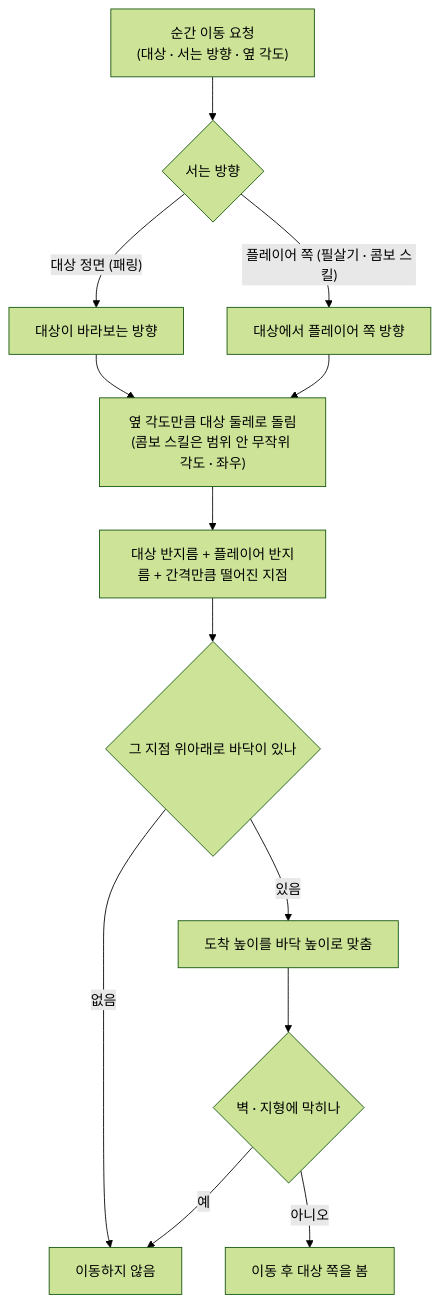
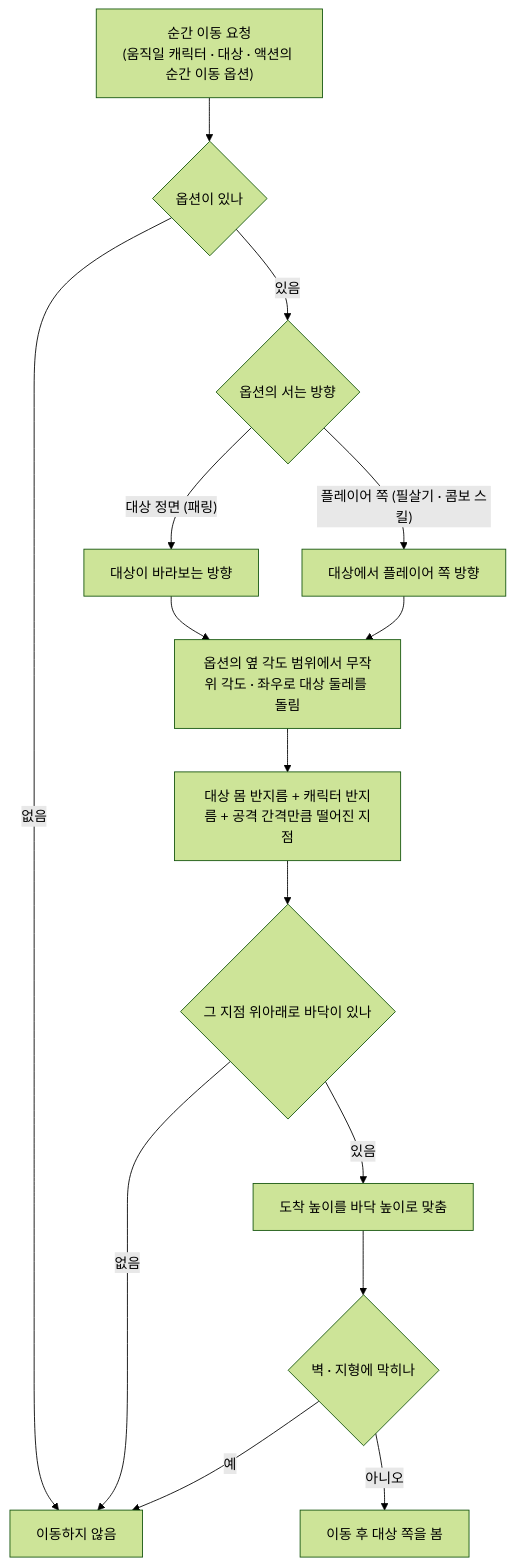
One commit to SquashPrince/Develrocket_mp15_HHH changed the third of 4 diagrams in Docs/Technical/Player/PlayerStructure.md. Above: the diagram before and after it, drawn with Mermaid (forest theme). The commit also changed other lines of this file and 7 other files, not shown here.

````diff
--- a/Docs/Technical/Player/PlayerStructure.md
+++ b/Docs/Technical/Player/PlayerStructure.md
@@ -66,14 +98,16 @@
 ```mermaid
 flowchart TD
-    S["순간 이동 요청<br>(대상 · 서는 방향 · 옆 각도)"] --> D{"서는 방향"}
+    S["순간 이동 요청<br>(움직일 캐릭터 · 대상 · 액션의 순간 이동 옵션)"] --> O{"옵션이 있나"}
+    O -->|"없음"| X["이동하지 않음"]
+    O -->|"있음"| D{"옵션의 서는 방향"}
     D -->|"대상 정면 (패링)"| F["대상이 바라보는 방향"]
     D -->|"플레이어 쪽 (필살기 · 콤보 스킬)"| PS["대상에서 플레이어 쪽 방향"]
-    F & PS --> R["옆 각도만큼 대상 둘레로 돌림<br>(콤보 스킬은 범위 안 무작위 각도 · 좌우)"]
-    R --> DIST["대상 반지름 + 플레이어 반지름 + 간격만큼 떨어진 지점"]
+    F & PS --> R["옵션의 옆 각도 범위에서 무작위 각도 · 좌우로 대상 둘레를 돌림"]
+    R --> DIST["대상 몸 반지름 + 캐릭터 반지름 + 공격 간격만큼 떨어진 지점"]
     DIST --> G{"그 지점 위아래로 바닥이 있나"}
-    G -->|"없음"| X["이동하지 않음"]
+    G -->|"없음"| X
     G -->|"있음"| H["도착 높이를 바닥 높이로 맞춤"]
     H --> B{"벽 · 지형에 막히나"}
     B -->|"예"| X
     B -->|"아니오"| M["이동 후 대상 쪽을 봄"]
 ```
````
